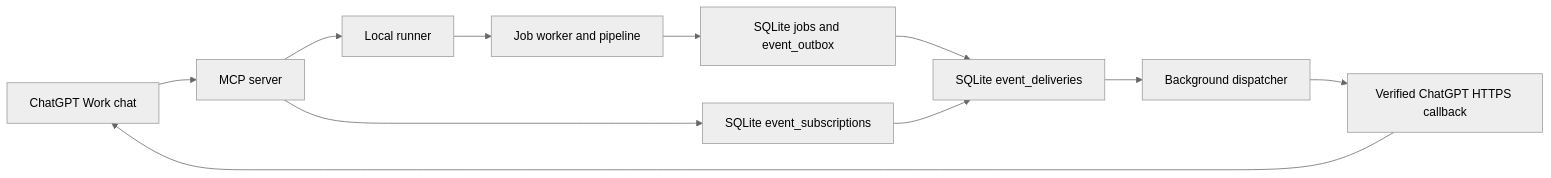
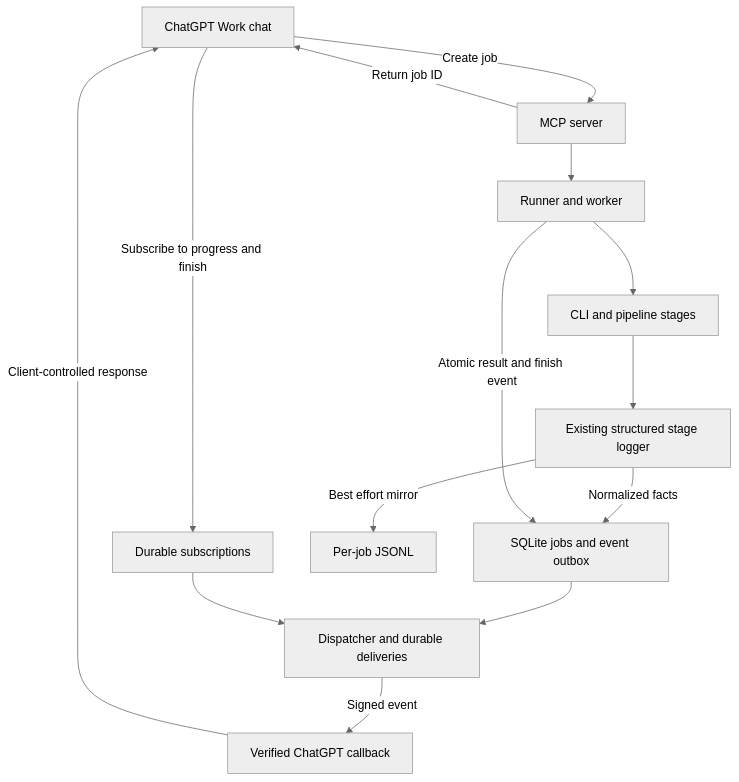
One commit to feraranas/just-a-clipper-engine changed the first of 2 diagrams in docs/features/mcp-job-events.md. Above: the diagram before and after it, drawn with Mermaid (neutral theme). The commit also changed other lines of this file and 9 other files, not shown here.

````diff
--- a/docs/features/mcp-job-events.md
+++ b/docs/features/mcp-job-events.md
@@ -25,13 +83,16 @@
 ```mermaid
-flowchart LR
-  Chat[ChatGPT Work chat] --> MCP[MCP server]
-  MCP --> Runner[Local runner]
-  Runner --> Worker[Job worker and pipeline]
-  Worker --> Store[SQLite jobs and event_outbox]
-  MCP --> Subs[SQLite event_subscriptions]
-  Store --> Delivery[SQLite event_deliveries]
-  Subs --> Delivery
-  Delivery --> Dispatcher[Background dispatcher]
-  Dispatcher --> Callback[Verified ChatGPT HTTPS callback]
-  Callback --> Chat
+flowchart TD
+  Chat[ChatGPT Work chat] -->|Create job| MCP[MCP server]
+  MCP --> Runner[Runner and worker]
+  Runner --> CLI[CLI and pipeline stages]
+  MCP -->|Return job ID| Chat
+  Chat -->|Subscribe to progress and finish| Subs[Durable subscriptions]
+  CLI --> Logger[Existing structured stage logger]
+  Logger -->|Normalized facts| Outbox[SQLite jobs and event outbox]
+  Logger -->|Best effort mirror| Logs[Per-job JSONL]
+  Runner -->|Atomic result and finish event| Outbox
+  Outbox --> Dispatcher[Dispatcher and durable deliveries]
+  Subs --> Dispatcher
+  Dispatcher -->|Signed event| Callback[Verified ChatGPT callback]
+  Callback -->|Client-controlled response| Chat
 ```
````
